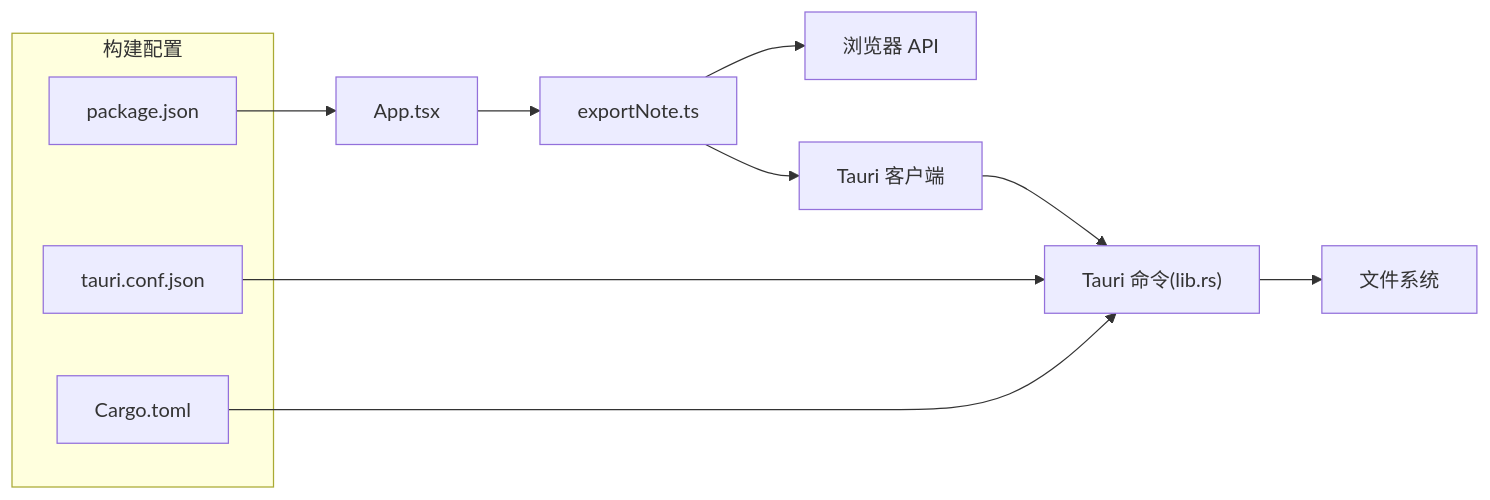
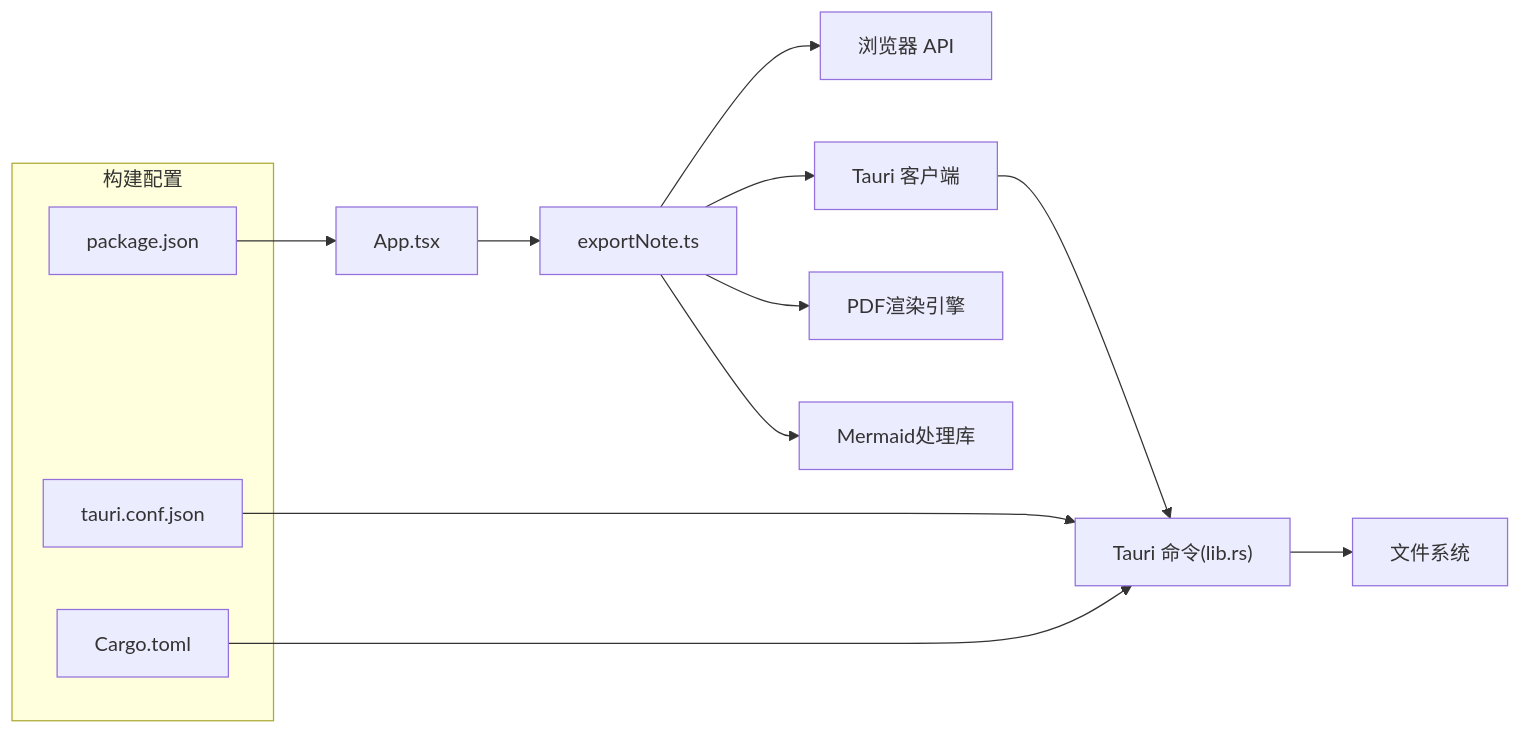
Before and after one commit to gongshiyun/ZenNote: the fourth of 4 diagrams in .qoder/repowiki/zh/content/核心组件/导出功能.md, drawn with Mermaid. The commit also changed other lines of this file and 21 other files, not shown here.

````diff
--- a/.qoder/repowiki/zh/content/核心组件/导出功能.md
+++ b/.qoder/repowiki/zh/content/核心组件/导出功能.md
@@ -200,16 +263,18 @@
 ```mermaid
 graph LR
 App["App.tsx"] --> ExportLib["exportNote.ts"]
 ExportLib --> BrowserAPI["浏览器 API"]
 ExportLib --> TauriClient["Tauri 客户端"]
+ExportLib --> PDFEngine["PDF渲染引擎"]
+ExportLib --> MermaidLib["Mermaid处理库"]
 TauriClient --> TauriCmd["Tauri 命令(lib.rs)"]
 TauriCmd --> FS["文件系统"]
 subgraph "构建配置"
 Pkg["package.json"]
 TauriConf["tauri.conf.json"]
 Cargo["Cargo.toml"]
 end
 Pkg --> App
 TauriConf --> TauriCmd
 Cargo --> TauriCmd
 ```
````
